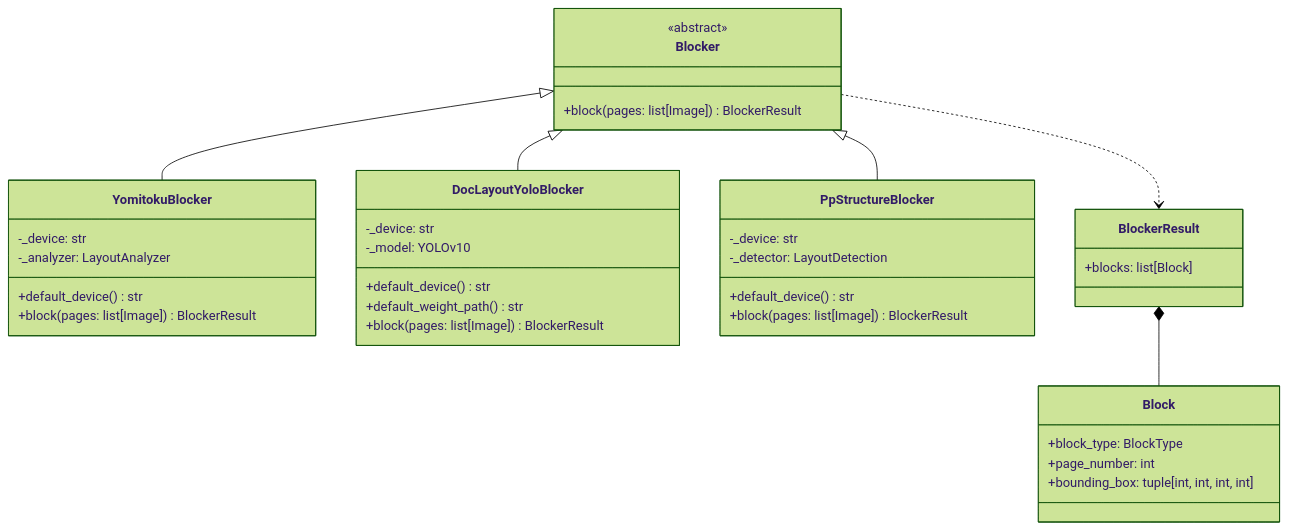
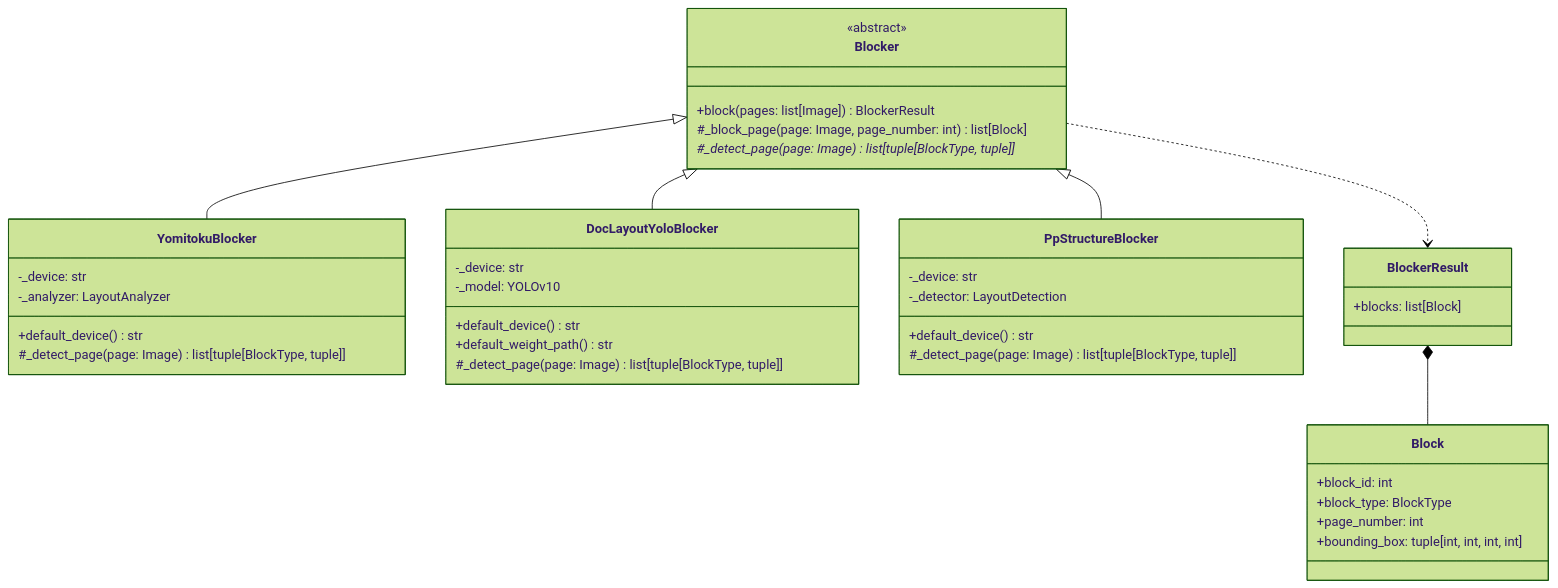
One commit to konbraphat51/SuperSuat changed the first of 2 diagrams in Uploader/OcrModule/Blocked/Docs/Blocker.ja.md. Above: the diagram before and after it, drawn with Mermaid (forest theme). The commit also changed other lines of this file and 1 other file, not shown here.

Commit message:
docs: describe the Blocker template method and block_id

````diff
--- a/Uploader/OcrModule/Blocked/Docs/Blocker.ja.md
+++ b/Uploader/OcrModule/Blocked/Docs/Blocker.ja.md
@@ -11,39 +11,42 @@
 ```mermaid
 classDiagram
     class Blocker {
         <<abstract>>
         +block(pages: list[Image]) BlockerResult
+        #_block_page(page: Image, page_number: int) list[Block]
+        #_detect_page(page: Image) list[tuple[BlockType, tuple]]*
     }
     class YomitokuBlocker {
         -_device: str
         -_analyzer: LayoutAnalyzer
         +default_device() str
-        +block(pages: list[Image]) BlockerResult
+        #_detect_page(page: Image) list[tuple[BlockType, tuple]]
     }
     class DocLayoutYoloBlocker {
         -_device: str
         -_model: YOLOv10
         +default_device() str
         +default_weight_path() str
-        +block(pages: list[Image]) BlockerResult
+        #_detect_page(page: Image) list[tuple[BlockType, tuple]]
     }
     class PpStructureBlocker {
         -_device: str
         -_detector: LayoutDetection
         +default_device() str
-        +block(pages: list[Image]) BlockerResult
+        #_detect_page(page: Image) list[tuple[BlockType, tuple]]
     }
     class BlockerResult {
         +blocks: list[Block]
     }
     class Block {
+        +block_id: int
         +block_type: BlockType
         +page_number: int
         +bounding_box: tuple[int, int, int, int]
     }
     Blocker <|-- YomitokuBlocker
     Blocker <|-- DocLayoutYoloBlocker
     Blocker <|-- PpStructureBlocker
     Blocker ..> BlockerResult
     BlockerResult *-- Block
 ```
````
